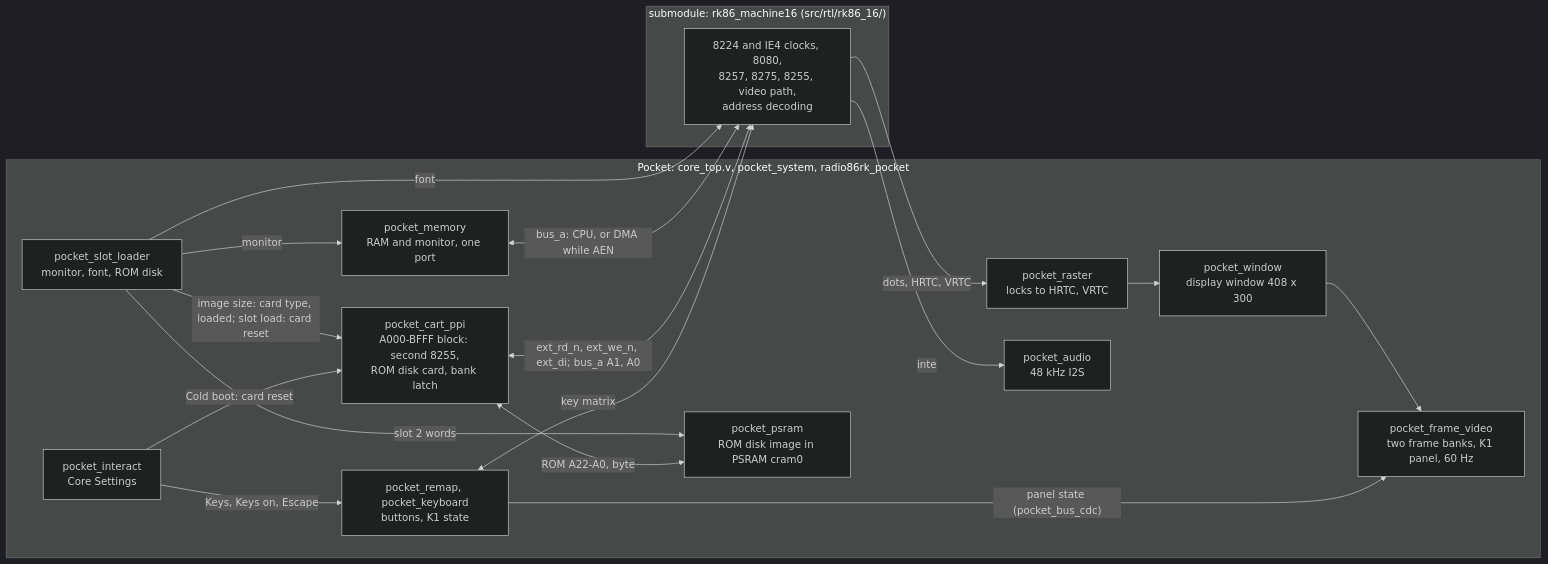
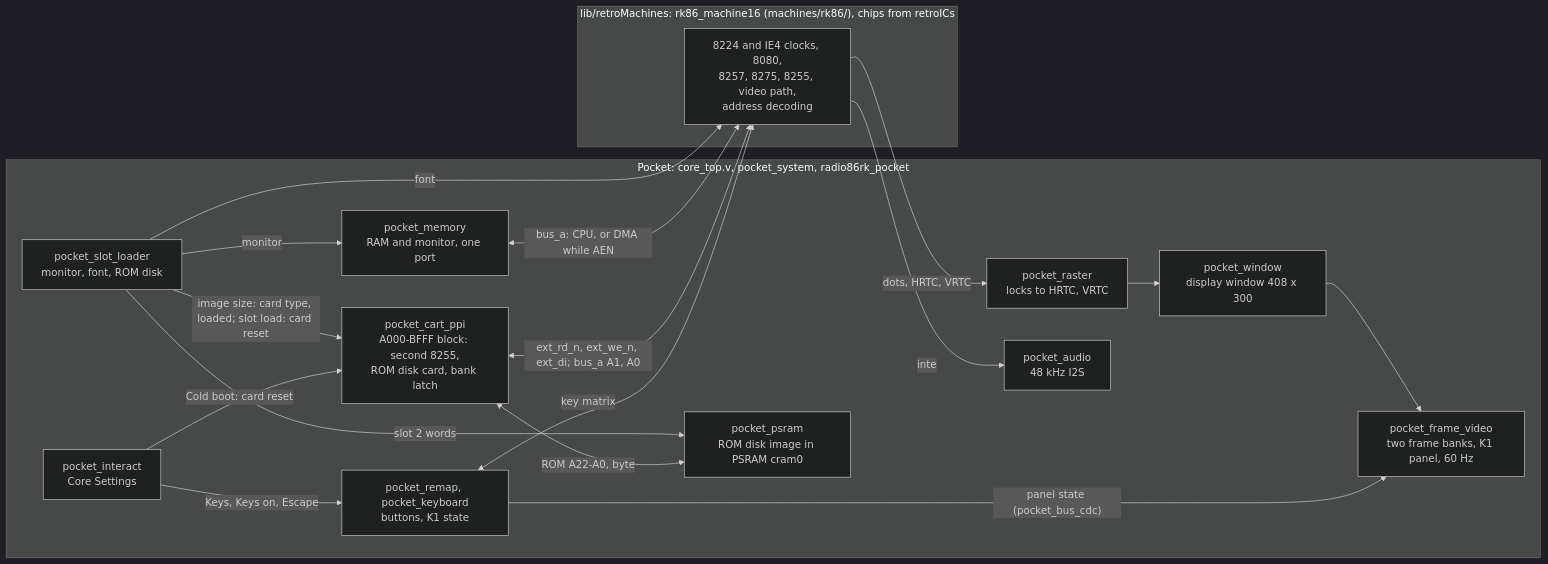
The diagram in fpga/README.md (BarabashkaD/radio86-rk-pocket), drawn with Mermaid (dark theme) before and after one commit. The commit also changed other lines of this file and 49 other files, not shown here.

First line of the commit message:
Radio-86RK for Analogue Pocket: the machine from retroMachines and retroICs

````diff
--- a/fpga/README.md
+++ b/fpga/README.md
@@ -13,31 +17,31 @@
 ```mermaid
 flowchart LR
-    subgraph core["submodule: rk86_machine16 (src/rtl/rk86_16/)"]
+    subgraph core["lib/retroMachines: rk86_machine16 (machines/rk86/), chips from retroICs"]
         m16["8224 and IE4 clocks, 8080,<br/>8257, 8275, 8255, video path,<br/>address decoding"]
     end
     subgraph pk["Pocket: core_top.v, pocket_system, radio86rk_pocket"]
         p_ast["pocket_slot_loader<br/>monitor, font, ROM disk"]
         p_mem["pocket_memory<br/>RAM and monitor, one port"]
         p_cart["pocket_cart_ppi<br/>A000-BFFF block: second 8255,<br/>ROM disk card, bank latch"]
         p_psram["pocket_psram<br/>ROM disk image in PSRAM cram0"]
         p_set["pocket_interact<br/>Core Settings"]
         p_kbd["pocket_remap, pocket_keyboard<br/>buttons, K1 state"]
         p_ras["pocket_raster<br/>locks to HRTC, VRTC"]
         p_win["pocket_window<br/>display window 408 x 300"]
         p_fv["pocket_frame_video<br/>two frame banks, K1 panel, 60 Hz"]
         p_snd["pocket_audio<br/>48 kHz I2S"]
     end
     p_ast -->|"monitor"| p_mem
     p_ast -->|"slot 2 words"| p_psram
     p_ast -->|"image size: card type, loaded; slot load: card reset"| p_cart
     p_set -->|"Cold boot: card reset"| p_cart
     p_cart <-->|"ROM A22-A0, byte"| p_psram
     p_ast -->|"font"| m16
     p_mem <-->|"bus_a: CPU, or DMA while AEN"| m16
     p_cart <-->|"ext_rd_n, ext_we_n, ext_di; bus_a A1, A0"| m16
     p_kbd <-->|"key matrix"| m16
     m16 -->|"dots, HRTC, VRTC"| p_ras --> p_win --> p_fv
     p_set -->|"Keys, Keys on, Escape"| p_kbd
     p_kbd -->|"panel state (pocket_bus_cdc)"| p_fv
     m16 -->|"inte"| p_snd
 ```
````
